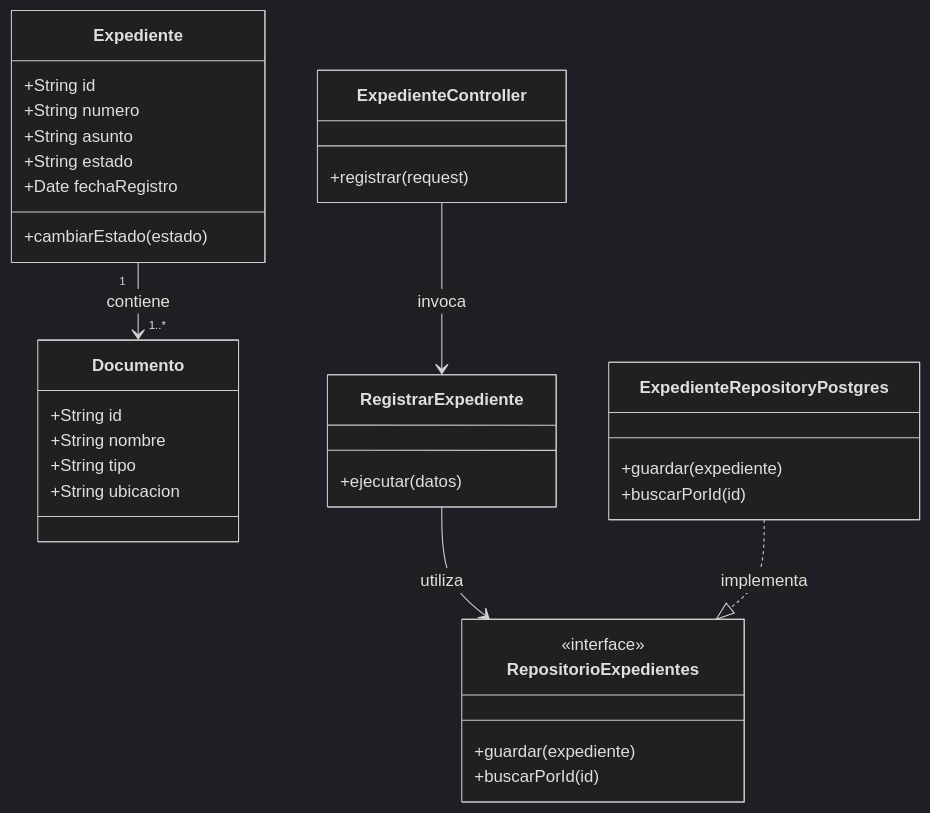
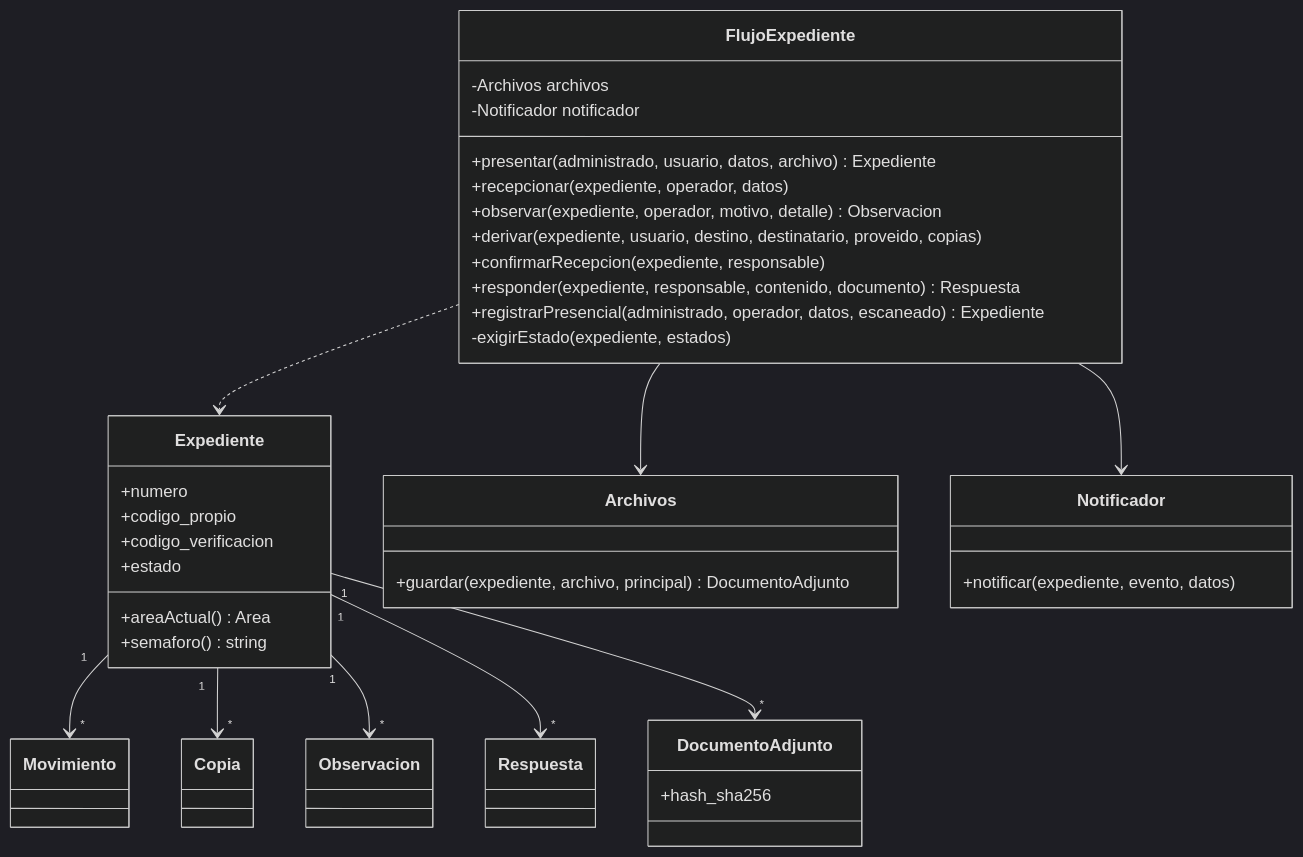
One commit to Yunfer2000/MesaPartes-arquitSoft changed the second of 3 diagrams in docs/03-diseno-de-software/diseno-interno/diseno-interno-de-modulos.md. Above: the diagram before and after it, drawn with Mermaid (dark theme). The commit also changed other lines of this file and 6 other files, not shown here.

````diff
--- a/docs/03-diseno-de-software/diseno-interno/diseno-interno-de-modulos.md
+++ b/docs/03-diseno-de-software/diseno-interno/diseno-interno-de-modulos.md
@@ -197,42 +90,44 @@
 ```mermaid
 classDiagram
+    class FlujoExpediente {
+        -Archivos archivos
+        -Notificador notificador
+        +presentar(administrado, usuario, datos, archivo) Expediente
+        +recepcionar(expediente, operador, datos)
+        +observar(expediente, operador, motivo, detalle) Observacion
+        +derivar(expediente, usuario, destino, destinatario, proveido, copias)
+        +confirmarRecepcion(expediente, responsable)
+        +responder(expediente, responsable, contenido, documento) Respuesta
+        +registrarPresencial(administrado, operador, datos, escaneado) Expediente
+        -exigirEstado(expediente, estados)
+    }
     class Expediente {
-        +String id
-        +String numero
-        +String asunto
-        +String estado
-        +Date fechaRegistro
-        +cambiarEstado(estado)
+        +numero
+        +codigo_propio
+        +codigo_verificacion
+        +estado
+        +areaActual() Area
+        +semaforo() string
     }
-
-    class Documento {
-        +String id
-        +String nombre
-        +String tipo
-        +String ubicacion
+    class Movimiento
+    class Copia
+    class Observacion
+    class Respuesta
+    class DocumentoAdjunto {
+        +hash_sha256
     }
-
-    class RepositorioExpedientes {
-        <<interface>>
-        +guardar(expediente)
-        +buscarPorId(id)
+    class Archivos {
+        +guardar(expediente, archivo, principal) DocumentoAdjunto
     }
-
-    class RegistrarExpediente {
-        +ejecutar(datos)
+    class Notificador {
+        +notificar(expediente, evento, datos)
     }
-
-    class ExpedienteController {
-        +registrar(request)
-    }
-
-    class ExpedienteRepositoryPostgres {
-        +guardar(expediente)
-        +buscarPorId(id)
-    }
-
-    Expediente "1" --> "1..*" Documento : contiene
-    RegistrarExpediente --> RepositorioExpedientes : utiliza
-    ExpedienteRepositoryPostgres ..|> RepositorioExpedientes : implementa
-    ExpedienteController --> RegistrarExpediente : invoca
+    FlujoExpediente --> Archivos
+    FlujoExpediente --> Notificador
+    FlujoExpediente ..> Expediente
+    Expediente "1" --> "*" Movimiento
+    Expediente "1" --> "*" Copia
+    Expediente "1" --> "*" Observacion
+    Expediente "1" --> "*" Respuesta
+    Expediente "1" --> "*" DocumentoAdjunto
 ```
````
